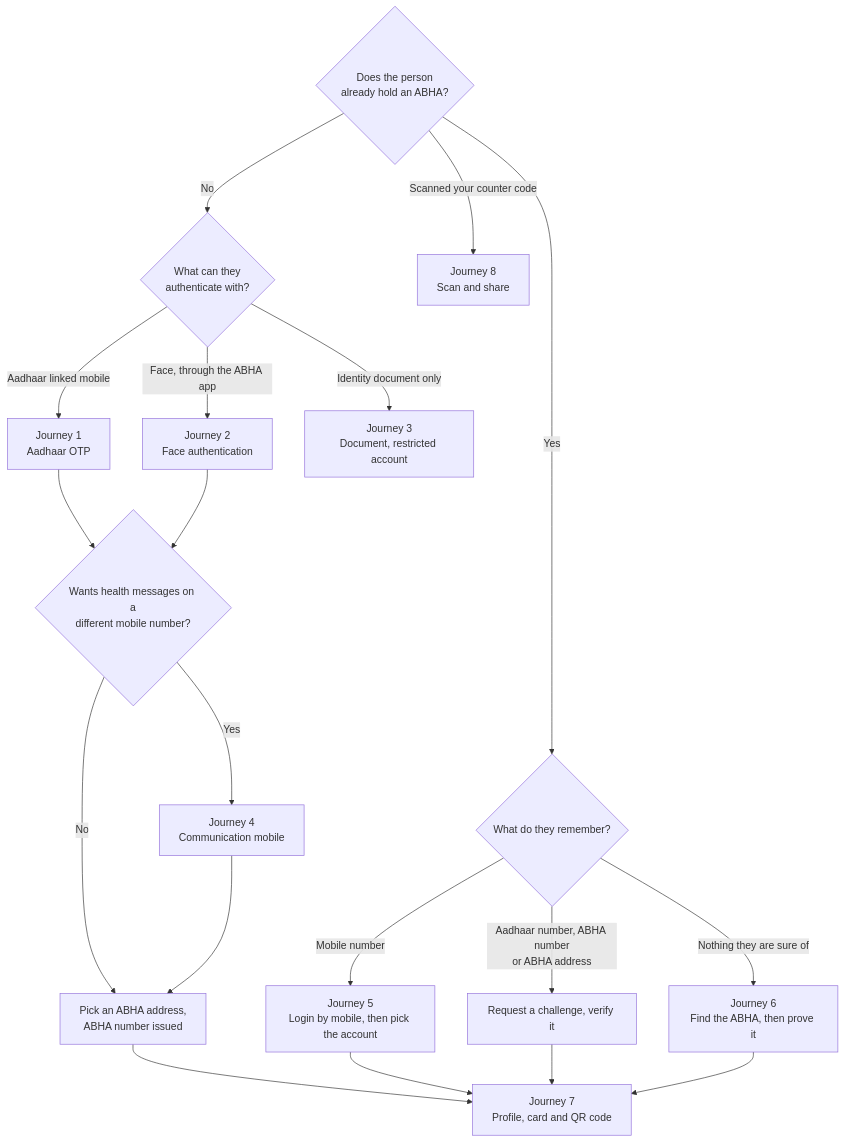
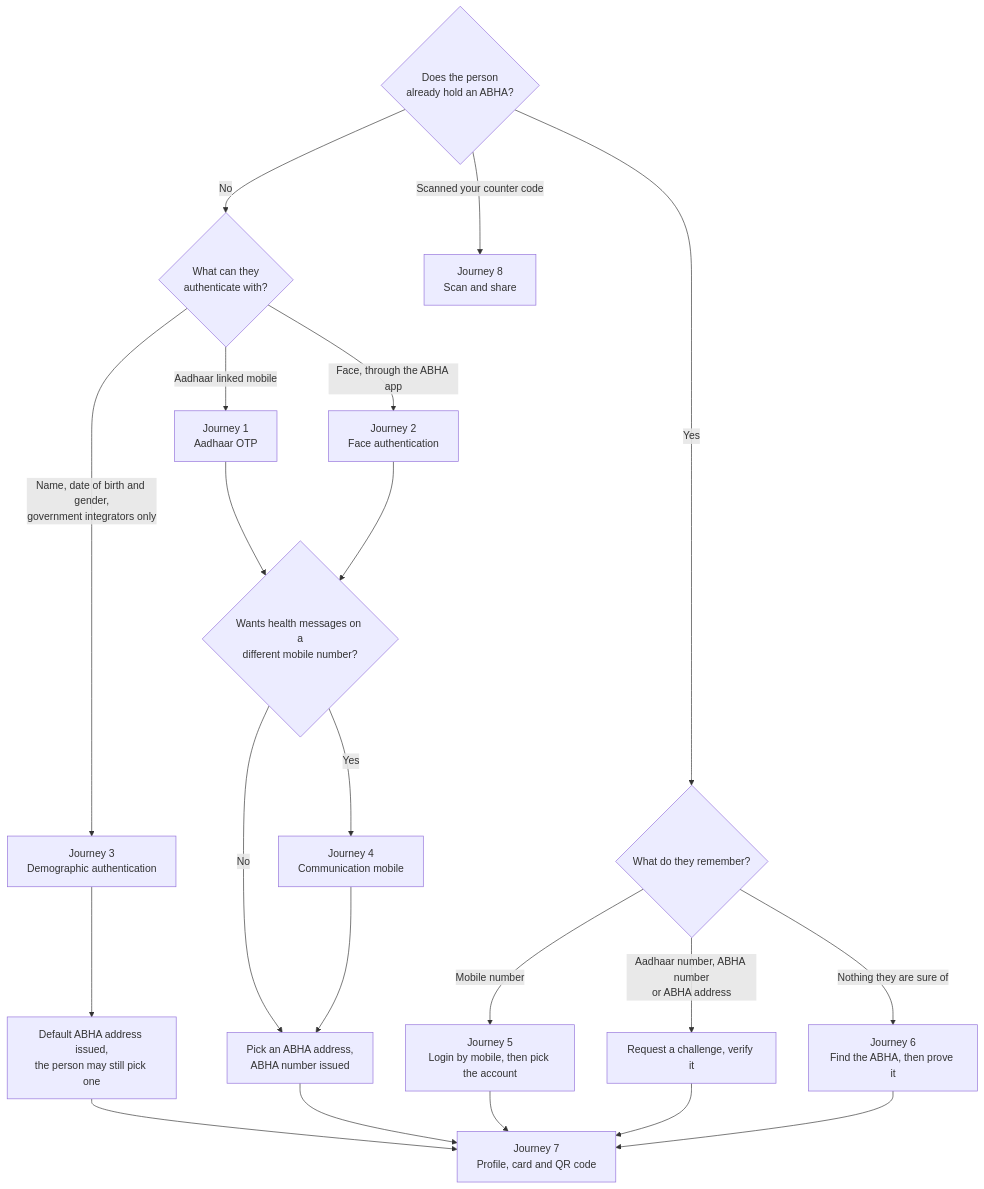
One commit to nha-in/docs changed the first of 10 diagrams in site/docs/hiecm/v3/milestones/m1.mdx. Above: the diagram before and after it, drawn with Mermaid. The commit also changed other lines of this file and 6 other files, not shown here.

````diff
--- a/site/docs/hiecm/v3/milestones/m1.mdx
+++ b/site/docs/hiecm/v3/milestones/m1.mdx
@@ -124,22 +125,24 @@
 ```mermaid
 flowchart TD
     A{"Does the person<br/>already hold an ABHA?"}
     A -- "No" --> B{"What can they<br/>authenticate with?"}
     B -- "Aadhaar linked mobile" --> J1["Journey 1<br/>Aadhaar OTP"]
     B -- "Face, through the ABHA app" --> J2["Journey 2<br/>Face authentication"]
-    B -- "Identity document only" --> J3["Journey 3<br/>Document, restricted account"]
+    B -- "Name, date of birth and gender,<br/>government integrators only" --> J3["Journey 3<br/>Demographic authentication"]
     J1 --> M{"Wants health messages on a<br/>different mobile number?"}
     J2 --> M
+    J3 --> DEF["Default ABHA address issued,<br/>the person may still pick one"]
+    DEF --> J7
     M -- "Yes" --> J4["Journey 4<br/>Communication mobile"]
     M -- "No" --> ADDR["Pick an ABHA address,<br/>ABHA number issued"]
     J4 --> ADDR
     A -- "Yes" --> C{"What do they remember?"}
     C -- "Mobile number" --> J5["Journey 5<br/>Login by mobile, then pick the account"]
     C -- "Aadhaar number, ABHA number<br/>or ABHA address" --> L["Request a challenge, verify it"]
     C -- "Nothing they are sure of" --> J6["Journey 6<br/>Find the ABHA, then prove it"]
     A -- "Scanned your counter code" --> J8["Journey 8<br/>Scan and share"]
     ADDR --> J7["Journey 7<br/>Profile, card and QR code"]
     J5 --> J7
     L --> J7
     J6 --> J7
 ```
````
